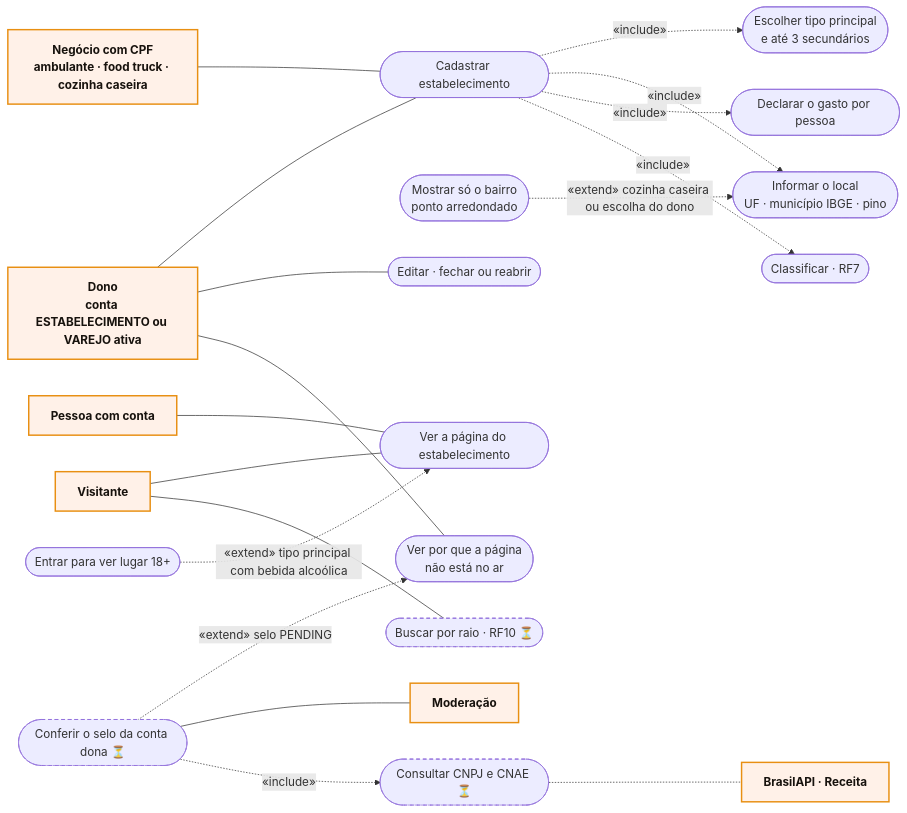
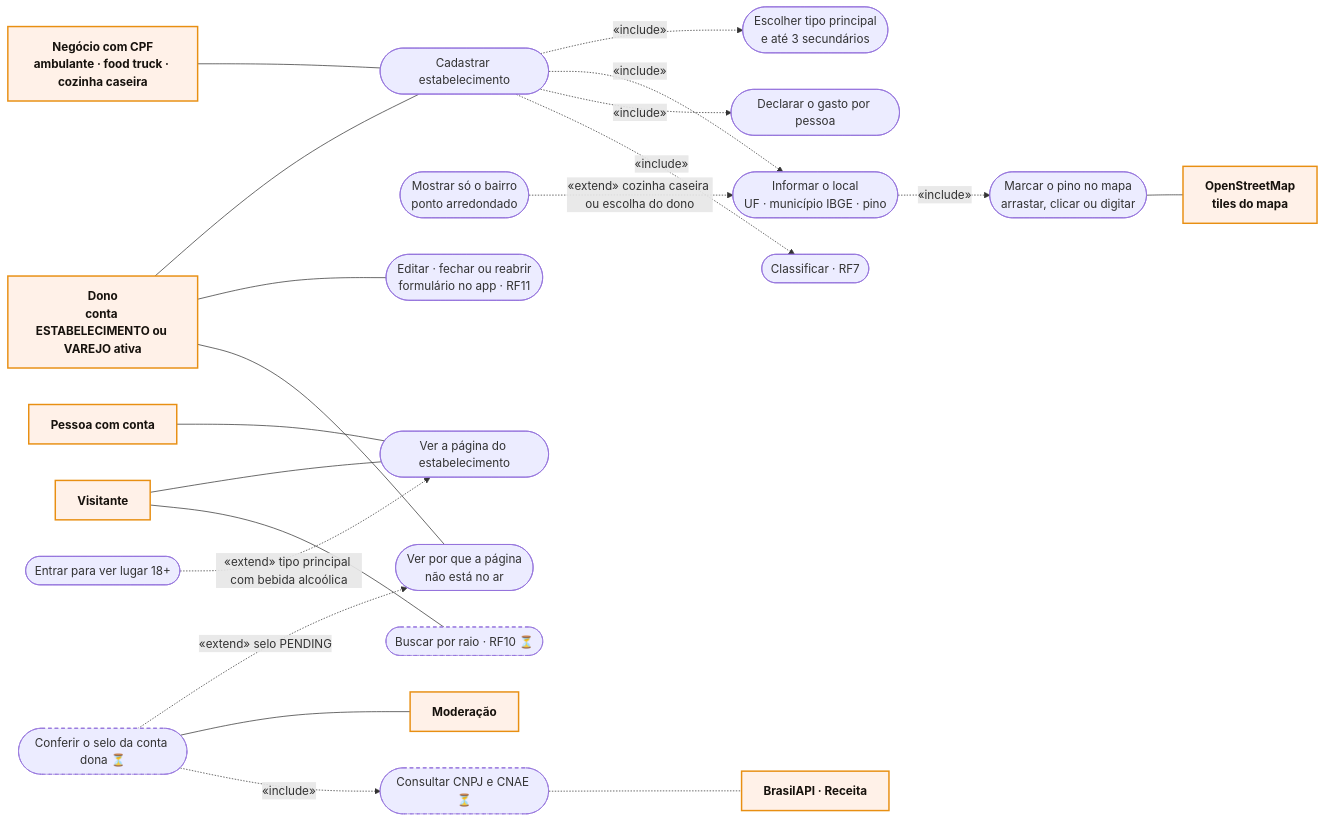
One commit to MatheusHaliski/Friendly-Eats changed the diagram in docs/RF6/casos-de-uso.md. Above: the diagram before and after it, drawn with Mermaid. The commit also changed 23 other files, not shown here.

````diff
--- a/docs/RF6/casos-de-uso.md
+++ b/docs/RF6/casos-de-uso.md
@@ -5,42 +5,46 @@
 ```mermaid
 flowchart LR
     DONO["Dono<br/>conta ESTABELECIMENTO ou VAREJO ativa"]:::actor
     INF["Negócio com CPF<br/>ambulante · food truck · cozinha caseira"]:::actor
     VIS["Visitante"]:::actor
     PES["Pessoa com conta"]:::actor
 
     UC1(["Cadastrar estabelecimento"])
     UC2(["Escolher tipo principal<br/>e até 3 secundários"])
     UC3(["Informar o local<br/>UF · município IBGE · pino"])
     UC4(["Declarar o gasto por pessoa"])
     UC5(["Classificar · RF7"])
     UC6(["Mostrar só o bairro<br/>ponto arredondado"])
-    UC7(["Editar · fechar ou reabrir"])
+    UC7(["Editar · fechar ou reabrir<br/>formulário no app · RF11"])
+    UC14(["Marcar o pino no mapa<br/>arrastar, clicar ou digitar"])
     UC8(["Ver por que a página<br/>não está no ar"])
     UC9(["Ver a página do estabelecimento"])
     UC10(["Entrar para ver lugar 18+"])
     UC11(["Conferir o selo da conta dona ⏳"]):::planned
     UC12(["Consultar CNPJ e CNAE ⏳"]):::planned
     UC13(["Buscar por raio · RF10 ⏳"]):::planned
 
     MOD["Moderação"]:::actor
     RFB["BrasilAPI · Receita"]:::actor
 
     DONO --- UC1 & UC7 & UC8
     INF --- UC1
     VIS --- UC9 & UC13
     PES --- UC9
     UC1 -. «include» .-> UC2
     UC1 -. «include» .-> UC3
     UC1 -. «include» .-> UC4
     UC1 -. «include» .-> UC5
     UC6 -. «extend» cozinha caseira ou escolha do dono .-> UC3
+    UC3 -. «include» .-> UC14
+    OSM["OpenStreetMap<br/>tiles do mapa"]:::actor
+    UC14 --- OSM
     UC10 -. «extend» tipo principal com bebida alcoólica .-> UC9
     UC11 -. «extend» selo PENDING .-> UC8
     UC11 --- MOD
     UC12 -.- RFB
     UC11 -. «include» .-> UC12
 
     classDef actor fill:#FFF1E8,stroke:#E88F12,stroke-width:2px,color:#17120D,font-weight:bold
     classDef planned stroke-dasharray:5 4
 ```
````
